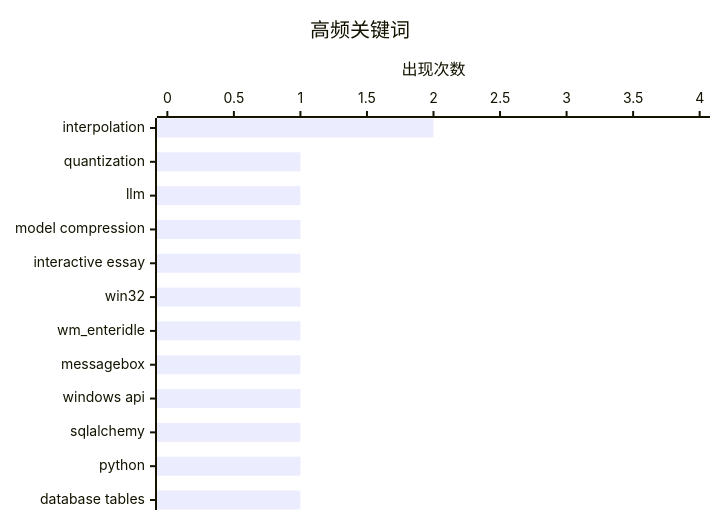
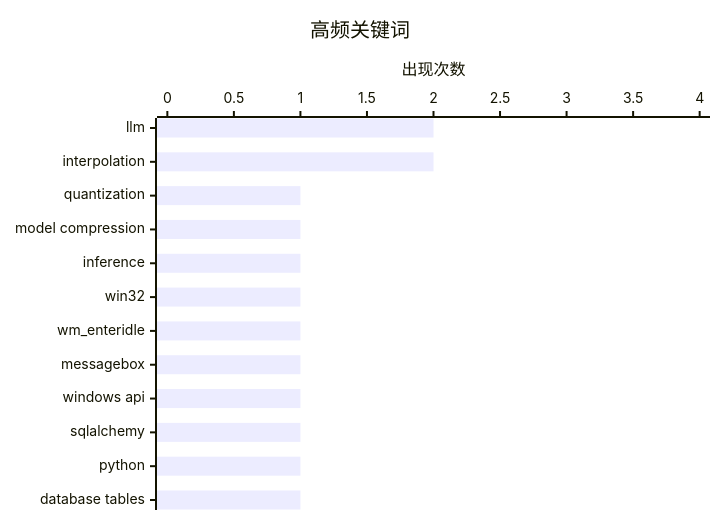
The second of 2 diagrams in content/ai-daily/2026-03-27.md (originem0/SZBlog), drawn with Mermaid before and after one commit. The commit also changed other lines of this file, not shown here.

````diff
--- a/content/ai-daily/2026-03-27.md
+++ b/content/ai-daily/2026-03-27.md
@@ -67,7 +67,7 @@
 ```mermaid
 xychart-beta horizontal
     title "高频关键词"
-    x-axis ["interpolation", "quantization", "llm", "model compression", "interactive essay", "win32", "wm_enteridle", "messagebox", "windows api", "sqlalchemy", "python", "database tables"]
+    x-axis ["llm", "interpolation", "quantization", "model compression", "inference", "win32", "wm_enteridle", "messagebox", "windows api", "sqlalchemy", "python", "database tables"]
     y-axis "出现次数" 0 --> 4
-    bar [2, 1, 1, 1, 1, 1, 1, 1, 1, 1, 1, 1]
+    bar [2, 2, 1, 1, 1, 1, 1, 1, 1, 1, 1, 1]
 ```
````
